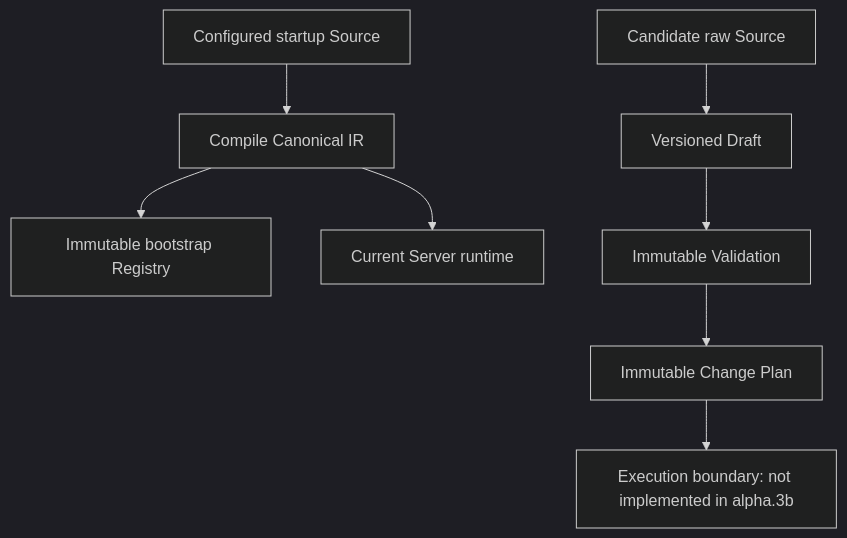
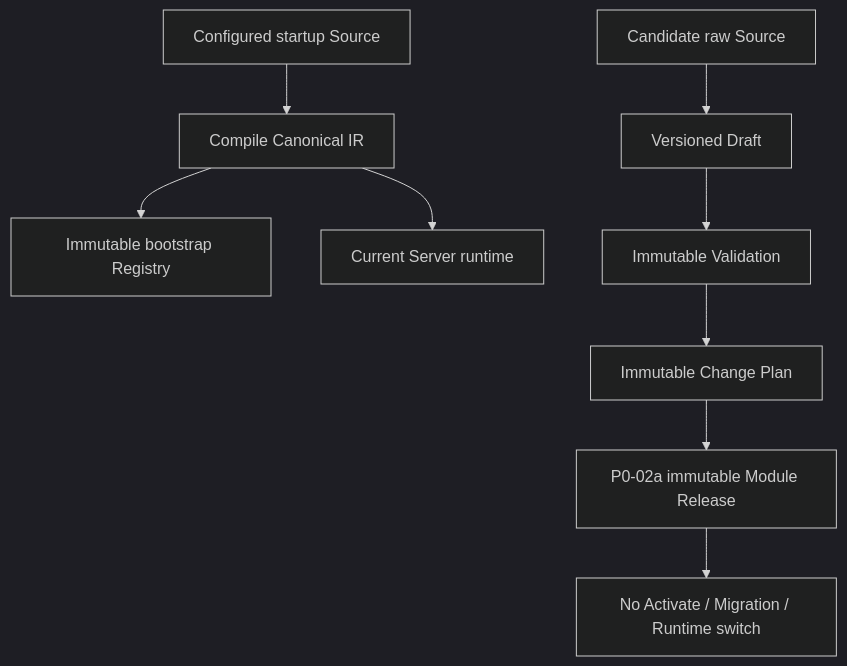
Before and after one commit to shezw/panvara: the second of 3 diagrams in docs/arch.md, drawn with Mermaid (dark theme). The commit also changed other lines of this file and 58 other files, not shown here.

First line of the commit message:
feat(server): add immutable module publish facts

````diff
--- a/docs/arch.md
+++ b/docs/arch.md
@@ -86,18 +86,19 @@
 ```mermaid
 flowchart TB
     Startup["Configured startup Source"]
     Compile["Compile Canonical IR"]
     Registry["Immutable bootstrap Registry"]
     Runtime["Current Server runtime"]
     Candidate["Candidate raw Source"]
     Draft["Versioned Draft"]
     Validation["Immutable Validation"]
     Plan["Immutable Change Plan"]
-    Boundary["Execution boundary: not implemented in alpha.3b"]
+    Publish["P0-02a immutable Module Release"]
+    Boundary["No Activate / Migration / Runtime switch"]
 
     Startup --> Compile
     Compile --> Registry
     Compile --> Runtime
     Candidate --> Draft --> Validation --> Plan
-    Plan --> Boundary
+    Plan --> Publish --> Boundary
 ```
````
